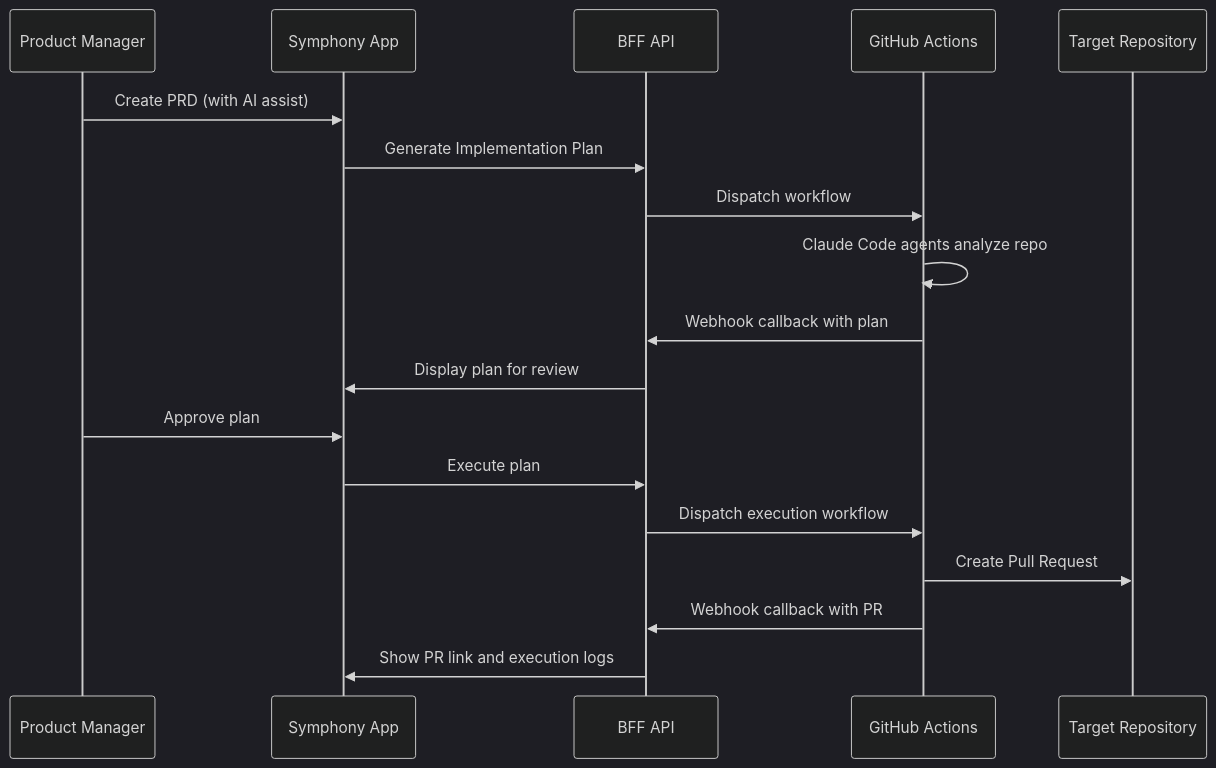
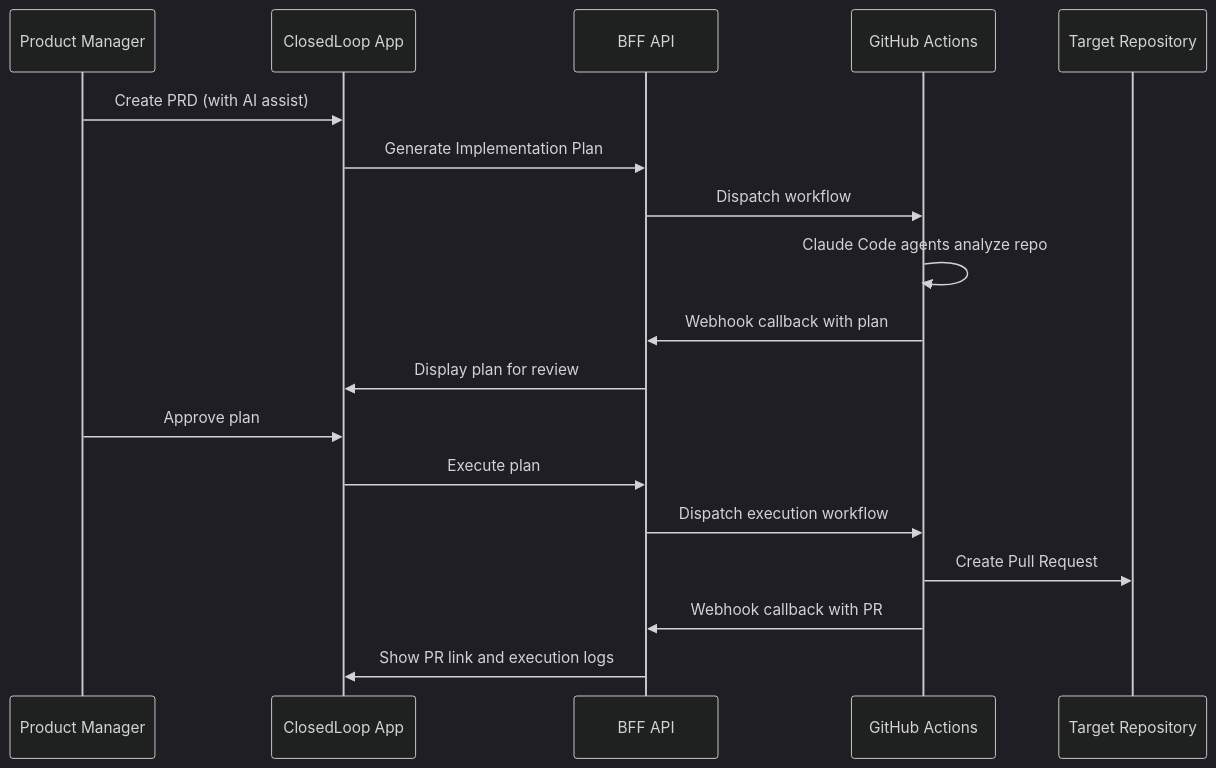
The second of 2 diagrams in README.md (closedloop-ai/closedloop-ai), drawn with Mermaid (dark theme) before and after one commit. The commit also changed other lines of this file and 23 other files, not shown here.

First line of the commit message:
Symphony -> ClosedLoop rebrand (#555)

````diff
--- a/README.md
+++ b/README.md
@@ -66,21 +78,21 @@
 ```mermaid
 sequenceDiagram
     participant PM as Product Manager
-    participant App as Symphony App
+    participant App as ClosedLoop App
     participant API as BFF API
     participant GH as GitHub Actions
     participant Repo as Target Repository
 
     PM->>App: Create PRD (with AI assist)
     App->>API: Generate Implementation Plan
     API->>GH: Dispatch workflow
     GH->>GH: Claude Code agents analyze repo
     GH->>API: Webhook callback with plan
     API->>App: Display plan for review
     PM->>App: Approve plan
     App->>API: Execute plan
     API->>GH: Dispatch execution workflow
     GH->>Repo: Create Pull Request
     GH->>API: Webhook callback with PR
     API->>App: Show PR link and execution logs
 ```
````
